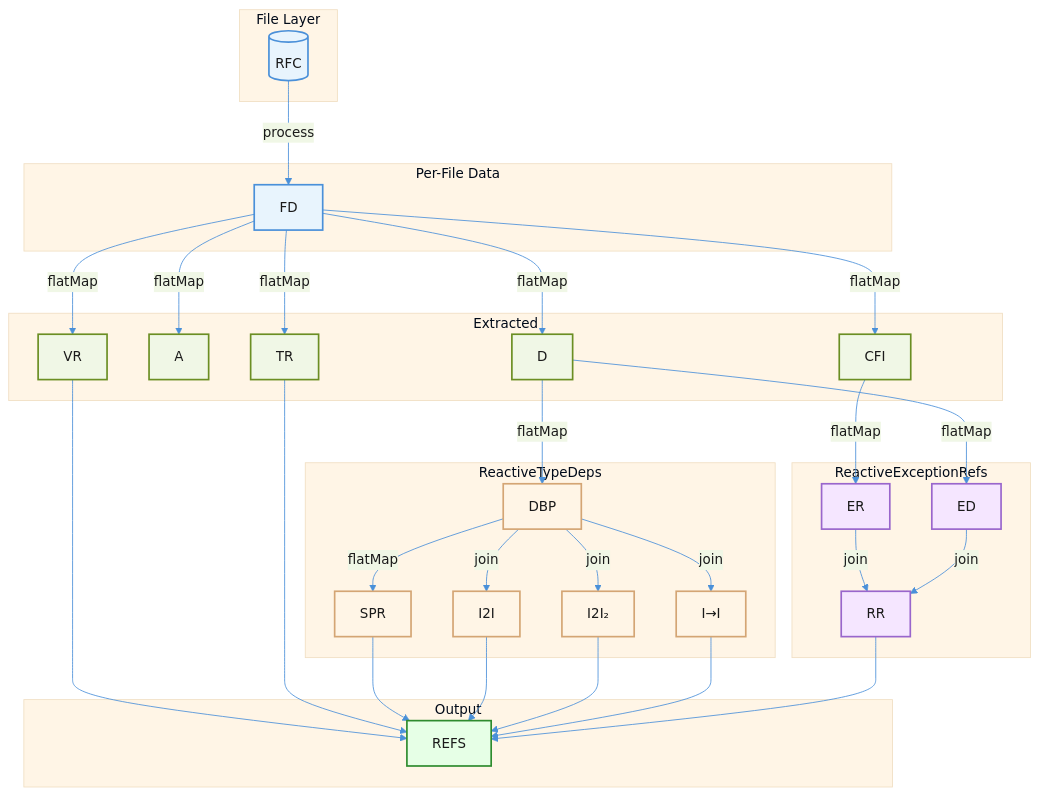
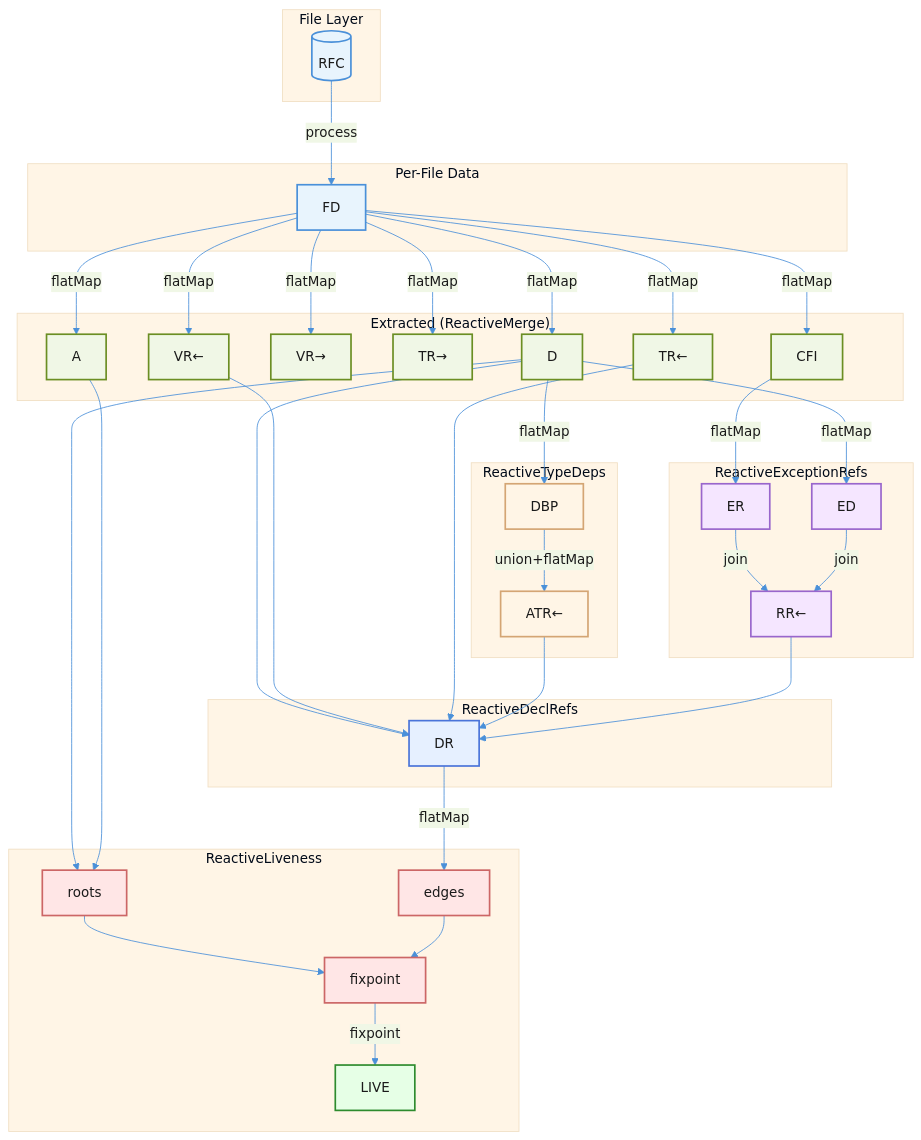
One commit to rescript-lang/rescript changed the diagram in analysis/reanalyze/diagrams/reactive-pipeline.mmd. Above: the diagram before and after it, drawn with Mermaid. The commit also changed 26 other files, not shown here.

First line of the commit message:
Remove backward solver, use forward fixpoint for liveness

```diff
--- a/analysis/reanalyze/diagrams/reactive-pipeline.mmd
+++ b/analysis/reanalyze/diagrams/reactive-pipeline.mmd
@@ -1,73 +1,88 @@
 %%{init: {'theme': 'base', 'themeVariables': { 'primaryColor': '#e8f4fd', 'primaryTextColor': '#1a1a1a', 'primaryBorderColor': '#4a90d9', 'lineColor': '#4a90d9', 'secondaryColor': '#f0f7e6', 'tertiaryColor': '#fff5e6'}}}%%
 flowchart TB
     subgraph FileLayer["File Layer"]
         RFC[("RFC")]
     end
 
     subgraph FileData["Per-File Data"]
         FD["FD"]
     end
 
-    subgraph Extracted["Extracted"]
+    subgraph Extracted["Extracted (ReactiveMerge)"]
         DECLS["D"]
         ANNOT["A"]
-        VREFS["VR"]
-        TREFS["TR"]
+        VREFS_TO["VR→"]
+        TREFS_TO["TR→"]
+        VREFS_FROM["VR←"]
+        TREFS_FROM["TR←"]
         CFI["CFI"]
     end
 
     subgraph TypeDeps["ReactiveTypeDeps"]
         DBP["DBP"]
-        SPR["SPR"]
-        I2I["I2I"]
-        I2I2["I2I₂"]
-        INT2IMP["I→I"]
+        ATR["ATR←"]
     end
 
     subgraph ExcDeps["ReactiveExceptionRefs"]
         EXCREF["ER"]
         EXCDECL["ED"]
-        RESOLVED["RR"]
+        RESOLVED["RR←"]
     end
 
-    subgraph Output["Output"]
-        REFS["REFS"]
+    subgraph DeclRefs["ReactiveDeclRefs"]
+        DR["DR"]
+    end
+
+    subgraph Liveness["ReactiveLiveness"]
+        ROOTS["roots"]
+        EDGES["edges"]
+        FP["fixpoint"]
+        LIVE["LIVE"]
     end
 
     RFC -->|"process"| FD
     FD -->|"flatMap"| DECLS
     FD -->|"flatMap"| ANNOT
-    FD -->|"flatMap"| VREFS
-    FD -->|"flatMap"| TREFS
+    FD -->|"flatMap"| VREFS_TO
+    FD -->|"flatMap"| TREFS_TO
+    FD -->|"flatMap"| VREFS_FROM
+    FD -->|"flatMap"| TREFS_FROM
     FD -->|"flatMap"| CFI
 
     DECLS -->|"flatMap"| DBP
-    DBP -->|"flatMap"| SPR
-    DBP -->|"join"| I2I
-    DBP -->|"join"| I2I2
-    DBP -->|"join"| INT2IMP
+    DBP -->|"union+flatMap"| ATR
 
     CFI -->|"flatMap"| EXCREF
     DECLS -->|"flatMap"| EXCDECL
     EXCREF -->|"join"| RESOLVED
     EXCDECL -->|"join"| RESOLVED
 
-    VREFS --> REFS
-    TREFS --> REFS
-    SPR --> REFS
-    I2I --> REFS
-    I2I2 --> REFS
-    INT2IMP --> REFS
-    RESOLVED --> REFS
+    DECLS --> DR
+    VREFS_FROM --> DR
+    TREFS_FROM --> DR
+    ATR --> DR
+    RESOLVED --> DR
+
+    DECLS --> ROOTS
+    ANNOT --> ROOTS
+
+    DR -->|"flatMap"| EDGES
+    ROOTS --> FP
+    EDGES --> FP
+    FP -->|"fixpoint"| LIVE
 
     classDef fileLayer fill:#e8f4fd,stroke:#4a90d9,stroke-width:2px
     classDef extracted fill:#f0f7e6,stroke:#6b8e23,stroke-width:2px
     classDef typeDeps fill:#fff5e6,stroke:#d4a574,stroke-width:2px
     classDef excDeps fill:#f5e6ff,stroke:#9966cc,stroke-width:2px
+    classDef declRefs fill:#e6f0ff,stroke:#4a74d9,stroke-width:2px
+    classDef liveness fill:#ffe6e6,stroke:#cc6666,stroke-width:2px
     classDef output fill:#e6ffe6,stroke:#2e8b2e,stroke-width:2px
 
     class RFC,FD fileLayer
-    class DECLS,ANNOT,VREFS,TREFS,CFI extracted
-    class DBP,SPR,I2I,I2I2,INT2IMP typeDeps
+    class DECLS,ANNOT,VREFS_TO,TREFS_TO,VREFS_FROM,TREFS_FROM,CFI extracted
+    class DBP,ATR typeDeps
     class EXCREF,EXCDECL,RESOLVED excDeps
-    class REFS output
+    class DR declRefs
+    class ROOTS,EDGES,FP liveness
+    class LIVE output
```
